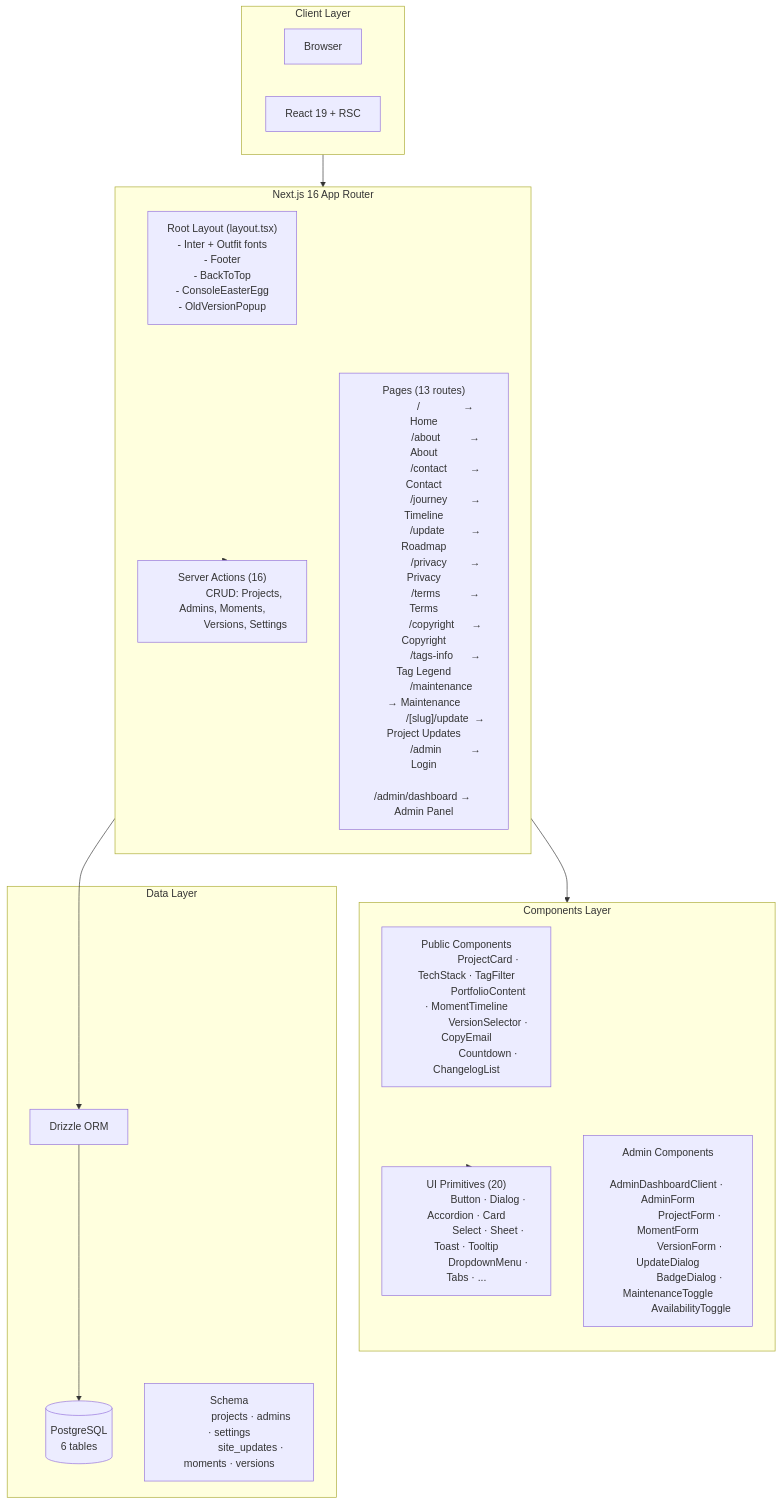
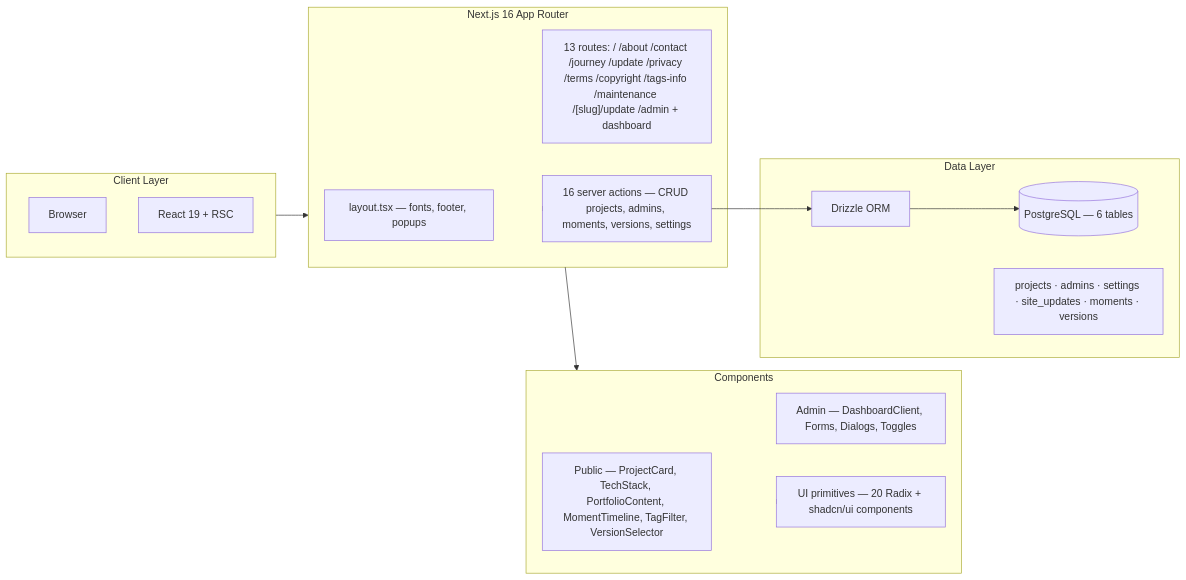
One commit to ddrayko/portfolio changed the first of 5 diagrams in README.md. Above: the diagram before and after it, drawn with Mermaid. The commit also changed other lines of this file, not shown here.

Commit message:
docs: fix mermaid diagram rendering for architecture and data flow

````diff
--- a/README.md
+++ b/README.md
@@ -32,73 +32,32 @@
 ```mermaid
-flowchart TB
+flowchart LR
     subgraph Client["Client Layer"]
         Browser["Browser"]
         React["React 19 + RSC"]
     end
 
     subgraph NextJS["Next.js 16 App Router"]
-        direction TB
-        Layout["Root Layout (layout.tsx)
-                - Inter + Outfit fonts
-                - Footer
-                - BackToTop
-                - ConsoleEasterEgg
-                - OldVersionPopup"]
-        
-        Pages["Pages (13 routes)
-                /               → Home
-                /about          → About
-                /contact        → Contact
-                /journey        → Timeline
-                /update         → Roadmap
-                /privacy        → Privacy
-                /terms          → Terms
-                /copyright      → Copyright
-                /tags-info      → Tag Legend
-                /maintenance    → Maintenance
-                /[slug]/update  → Project Updates
-                /admin          → Login
-                /admin/dashboard → Admin Panel"]
-        
-        API["Server Actions (16)
-                CRUD: Projects, Admins, Moments,
-                Versions, Settings"]
+        Layout["layout.tsx — fonts, footer, popups"]
+        Pages["13 routes: / /about /contact /journey /update /privacy /terms /copyright /tags-info /maintenance /[slug]/update /admin + dashboard"]
+        API["16 server actions — CRUD projects, admins, moments, versions, settings"]
     end
 
-    subgraph Components["Components Layer"]
-        direction TB
-        Public["Public Components
-                ProjectCard · TechStack · TagFilter
-                PortfolioContent · MomentTimeline
-                VersionSelector · CopyEmail
-                Countdown · ChangelogList"]
-        
-        Admin["Admin Components
-                AdminDashboardClient · AdminForm
-                ProjectForm · MomentForm
-                VersionForm · UpdateDialog
-                BadgeDialog · MaintenanceToggle
-                AvailabilityToggle"]
-        
-        UI["UI Primitives (20)
-                Button · Dialog · Accordion · Card
-                Select · Sheet · Toast · Tooltip
-                DropdownMenu · Tabs · ..."]
+    subgraph Components["Components"]
+        Public["Public — ProjectCard, TechStack, PortfolioContent, MomentTimeline, TagFilter, VersionSelector"]
+        Admin["Admin — DashboardClient, Forms, Dialogs, Toggles"]
+        UI["UI primitives — 20 Radix + shadcn/ui components"]
     end
 
     subgraph Data["Data Layer"]
         Drizzle["Drizzle ORM"]
-        DB[(PostgreSQL
-            6 tables)]
-        Schema["Schema
-                projects · admins · settings
-                site_updates · moments · versions"]
+        DB[("PostgreSQL — 6 tables")]
+        Schema["projects · admins · settings · site_updates · moments · versions"]
     end
 
     Client --> NextJS
     NextJS --> Components
     NextJS --> API
     API --> Drizzle
     Drizzle --> DB
     Components --> UI
 ```
````
